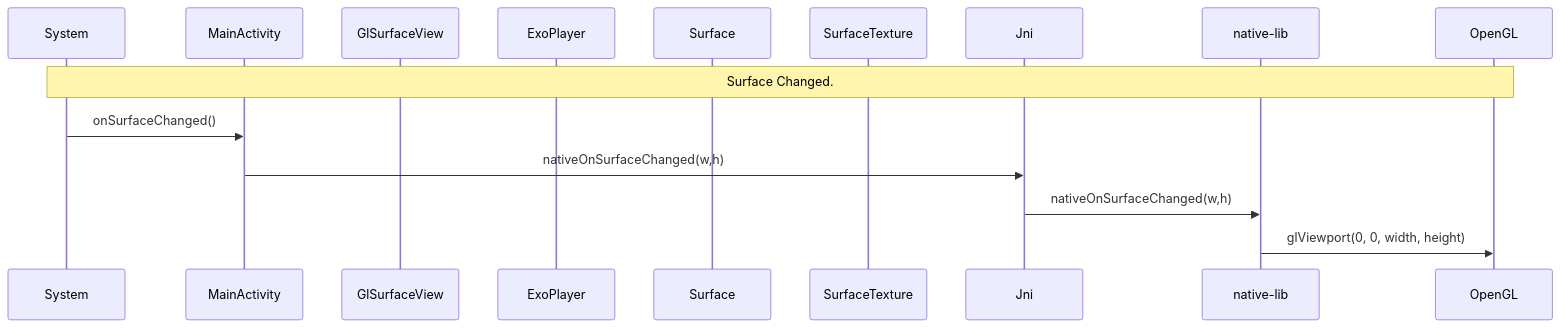
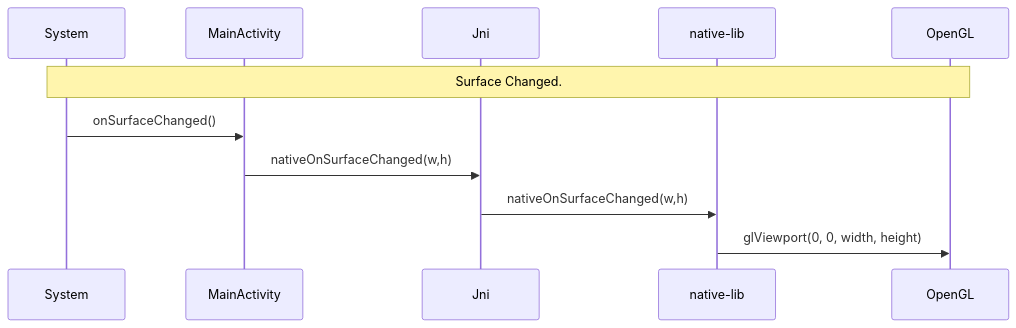
Before and after one commit to aaaa1597/AndKot-VideoPlaybackPlanePolySampleG: the fifth of 6 diagrams in README.md, drawn with Mermaid. The commit also changed other lines of this file, not shown here.

````diff
--- a/README.md
+++ b/README.md
@@ -79,18 +79,14 @@
 ```mermaid
 sequenceDiagram
     participant System
     participant MainActivity
-    participant GlSurfaceView
-    participant ExoPlayer
-    participant Surface
-    participant SurfaceTexture
     participant Jni
     participant native-lib
     participant OpenGL
     %% ------------------------
     Note over System, OpenGL: Surface Changed.
     System->>MainActivity: onSurfaceChanged()
     MainActivity->>Jni: nativeOnSurfaceChanged(w,h)
     Jni->>native-lib: nativeOnSurfaceChanged(w,h)
     native-lib->>OpenGL: glViewport(0, 0, width, height)
 ```
````
